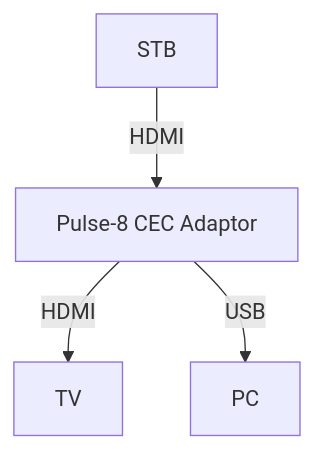
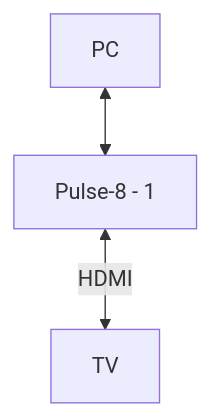
One commit to rdkcentral/rdk-halif-test-hdmi_cec changed the diagram in docs/pages/hdmi-cec-sink-L3-Low-Level_TestSpec.md. Above: the diagram before and after it, drawn with Mermaid. The commit also changed other lines of this file, not shown here.

First line of the commit message:
gh #44 Update hdmi-cec-sink-L3-Low-Level_TestSpec.md

````diff
--- a/docs/pages/hdmi-cec-sink-L3-Low-Level_TestSpec.md
+++ b/docs/pages/hdmi-cec-sink-L3-Low-Level_TestSpec.md
@@ -36,6 +38,5 @@
 ```mermaid
 graph TB
-A[STB] -->|HDMI| B[Pulse-8 CEC Adaptor]
-B --> |HDMI| C[ TV]
-B -->|USB| C3[PC]
+C[PC] <--> A
+A[Pulse-8 - 1] <--> |HDMI| B[TV]  
 ```
````
